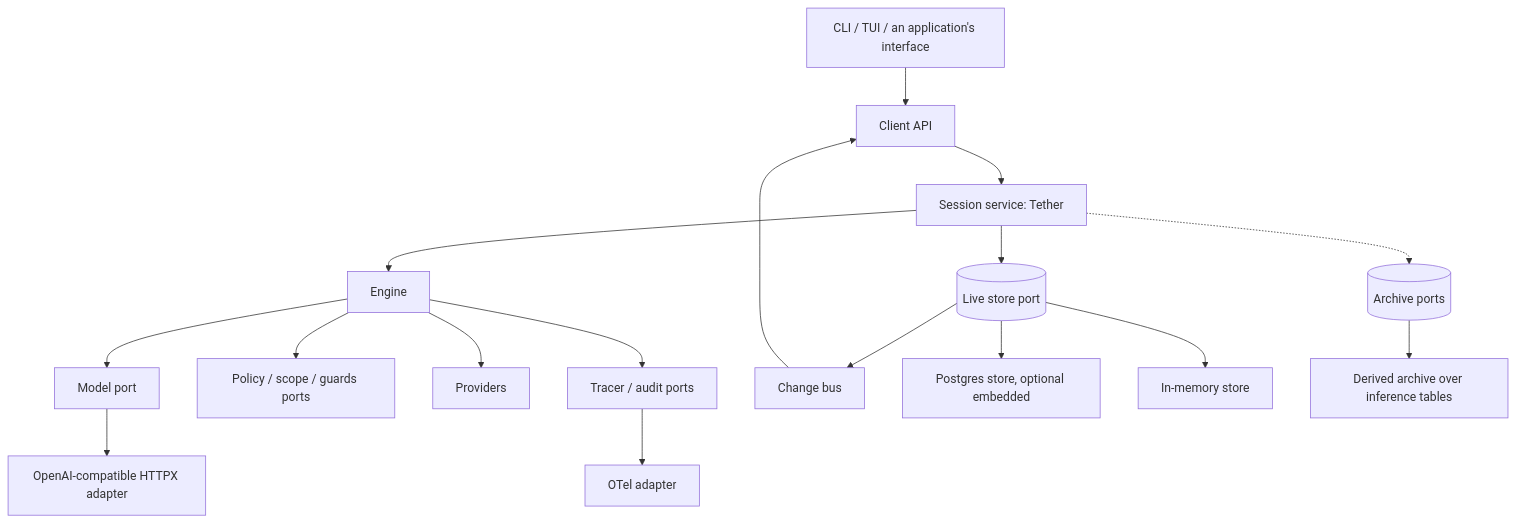
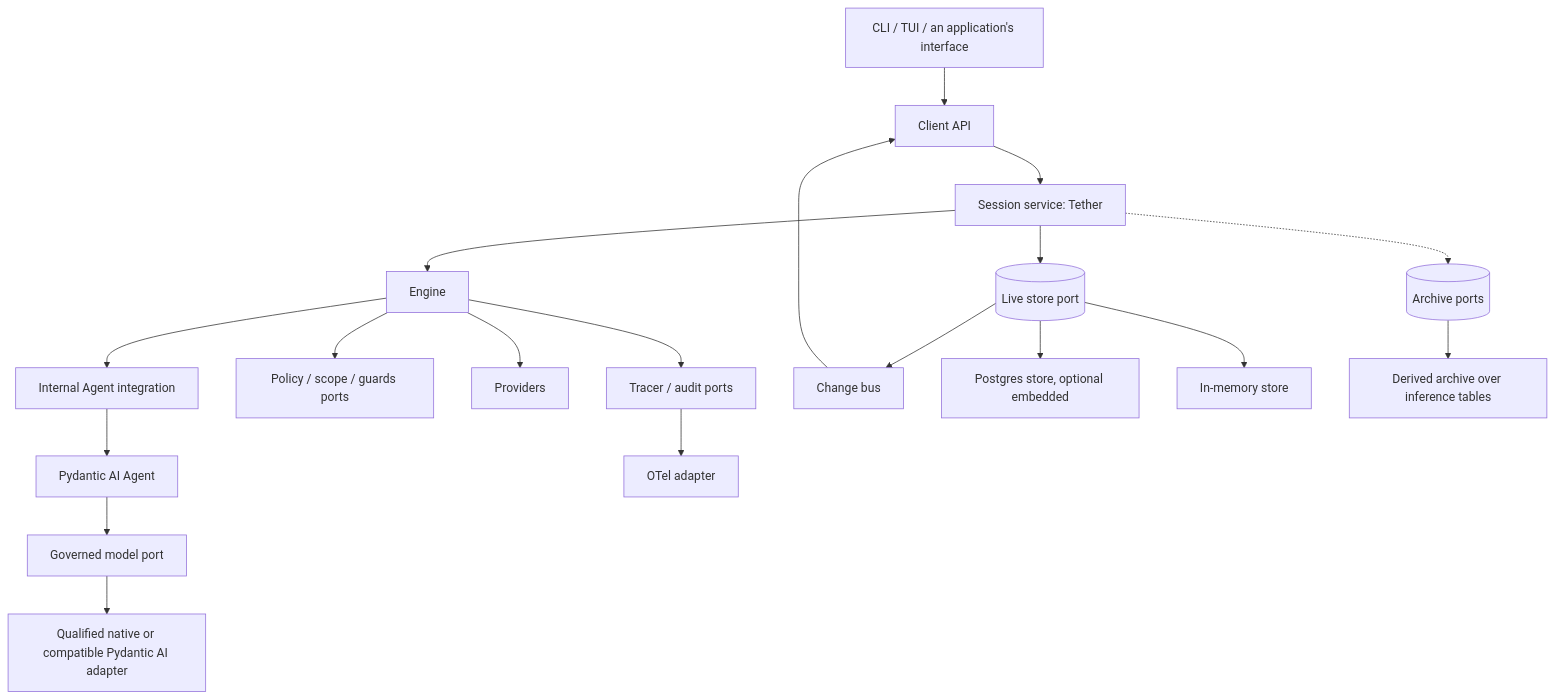
Before and after one commit to DocumentDrivenDX/tether: the second of 2 diagrams in docs/helix/02-design/solution-designs/SD-001-tether-library-design-and-build-plan.md, drawn with Mermaid. The commit also changed other lines of this file and 121 other files, not shown here.

First line of the commit message:
feat: establish gated Pydantic AI Agent foundation

````diff
--- a/docs/helix/02-design/solution-designs/SD-001-tether-library-design-and-build-plan.md
+++ b/docs/helix/02-design/solution-designs/SD-001-tether-library-design-and-build-plan.md
@@ -225,19 +232,21 @@
 ```mermaid
 graph TD
     CLI[CLI / TUI / an application's interface] --> Client[Client API]
     Client --> Tether[Session service: Tether]
     Tether --> Engine
     Tether --> Store[(Live store port)]
     Tether -.-> Archive[(Archive ports)]
-    Engine --> Model[Model port]
+    Engine --> Runtime[Internal Agent integration]
+    Runtime --> Agent[Pydantic AI Agent]
+    Agent --> Model[Governed model port]
     Engine --> Policy[Policy / scope / guards ports]
     Engine --> Providers
     Engine --> Telemetry[Tracer / audit ports]
     Store --> Bus[Change bus]
     Bus --> Client
-    Model --> Compat[OpenAI-compatible HTTPX adapter]
+    Model --> Compat[Qualified native or compatible Pydantic AI adapter]
     Store --> Pg[Postgres store, optional embedded]
     Store --> Mem[In-memory store]
     Archive --> Derived[Derived archive over inference tables]
     Telemetry --> Otel[OTel adapter]
 ```
````
